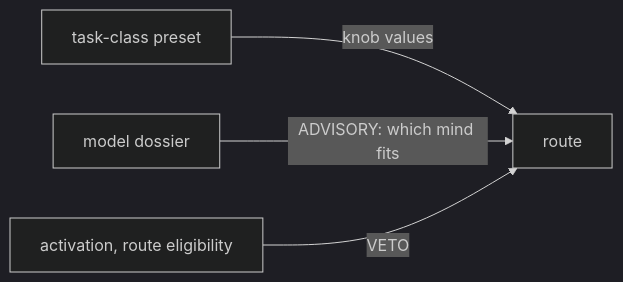
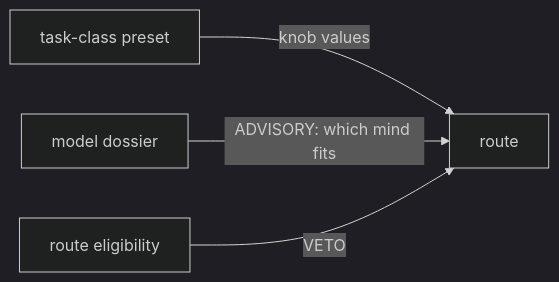
One commit to mblauberg/provenant changed the diagram in docs/model-dossier.md. Above: the diagram before and after it, drawn with Mermaid (dark theme). The commit also changed other lines of this file and 28 other files, not shown here.

````diff
--- a/docs/model-dossier.md
+++ b/docs/model-dossier.md
@@ -35,6 +34,6 @@
 ```mermaid
 flowchart LR
   A[task-class preset] -->|knob values| R[route]
   D[model dossier] -->|ADVISORY: which mind fits| R
-  G[activation, route eligibility] -->|VETO| R
+  G[route eligibility] -->|VETO| R
 ```
````
